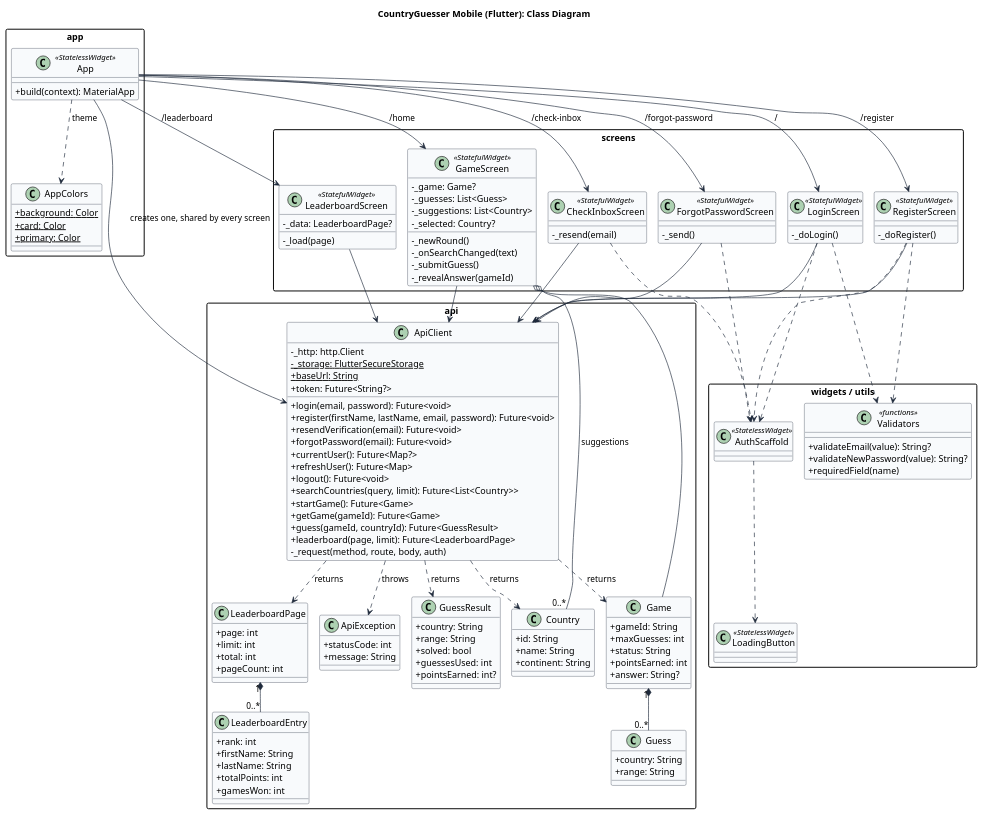
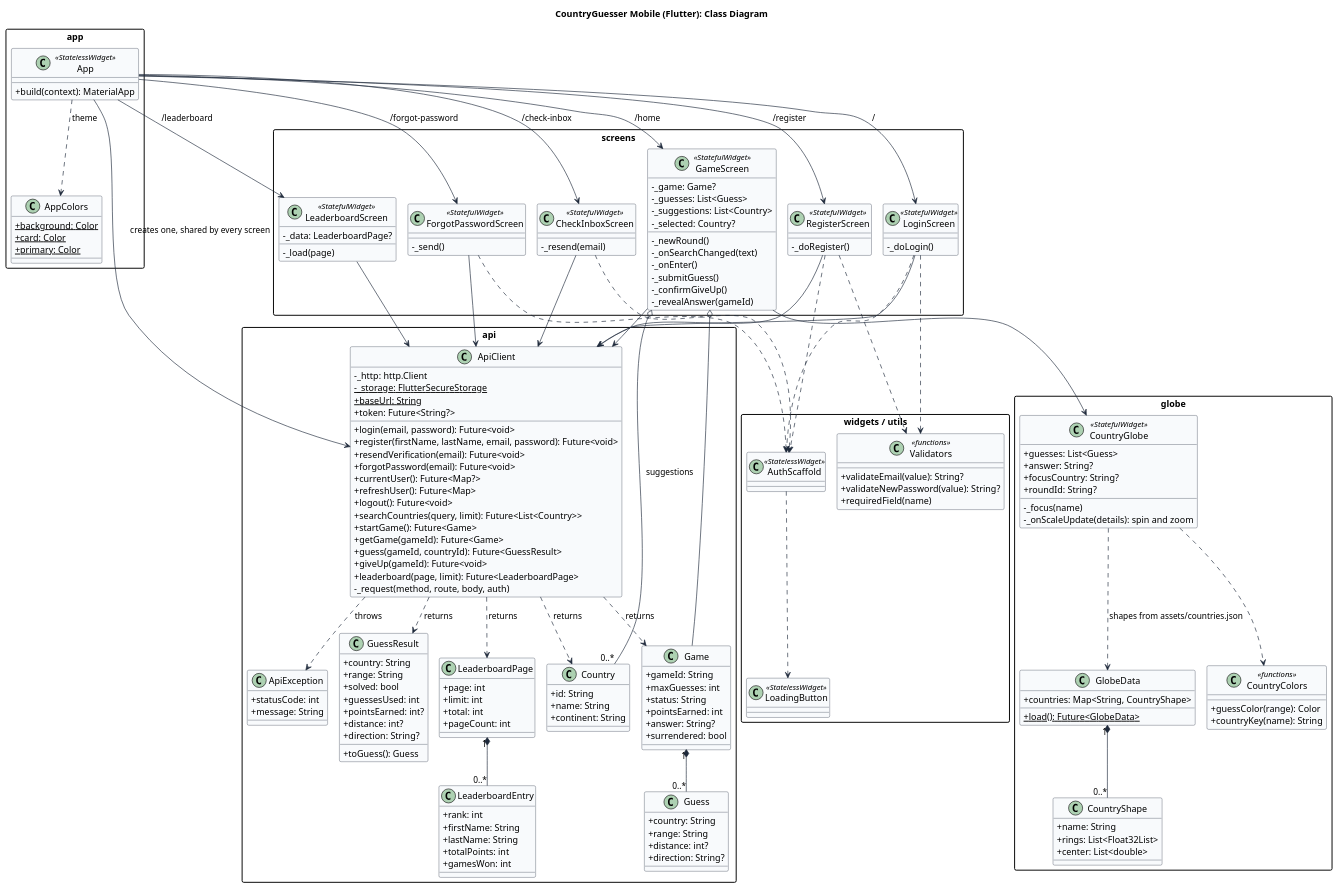
Before and after one commit to samborg-dev/COP4331-Large-Project: the diagram in docs/diagrams/class-mobile.puml, drawn with PlantUML.

Commit message:
docs: update the mobile class diagram with distance, give up and the globe

```diff
--- a/docs/diagrams/class-mobile.puml
+++ b/docs/diagrams/class-mobile.puml
@@ -1,161 +1,198 @@
 @startuml class-mobile
 ' Class diagram for the Flutter app (apps/mobile/lib). Owner: Arwa.
 ' Render at https://www.plantuml.com/plantuml or with the VS Code PlantUML extension.
 !pragma layout smetana
 title CountryGuesser Mobile (Flutter): Class Diagram
 
 skinparam shadowing false
 skinparam classAttributeIconSize 0
 skinparam class {
   BackgroundColor #f8fafc
   BorderColor #1e293b
   ArrowColor #1e293b
 }
 skinparam packageStyle rectangle
 
 package "app" {
   class App <<StatelessWidget>> {
     + build(context): MaterialApp
   }
   class AppColors {
     + {static} background: Color
     + {static} card: Color
     + {static} primary: Color
   }
 }
 
 package "api" {
   class ApiClient {
     - _http: http.Client
     - {static} _storage: FlutterSecureStorage
     + {static} baseUrl: String
     + token: Future<String?>
     + login(email, password): Future<void>
     + register(firstName, lastName, email, password): Future<void>
     + resendVerification(email): Future<void>
     + forgotPassword(email): Future<void>
     + currentUser(): Future<Map?>
     + refreshUser(): Future<Map>
     + logout(): Future<void>
     + searchCountries(query, limit): Future<List<Country>>
     + startGame(): Future<Game>
     + getGame(gameId): Future<Game>
     + guess(gameId, countryId): Future<GuessResult>
+    + giveUp(gameId): Future<void>
     + leaderboard(page, limit): Future<LeaderboardPage>
     - _request(method, route, body, auth)
   }
   class ApiException {
     + statusCode: int
     + message: String
   }
   class Country {
     + id: String
     + name: String
     + continent: String
   }
   class Game {
     + gameId: String
     + maxGuesses: int
     + status: String
     + pointsEarned: int
     + answer: String?
+    + surrendered: bool
   }
   class Guess {
     + country: String
     + range: String
+    + distance: int?
+    + direction: String?
   }
   class GuessResult {
     + country: String
     + range: String
     + solved: bool
     + guessesUsed: int
     + pointsEarned: int?
+    + distance: int?
+    + direction: String?
+    + toGuess(): Guess
   }
   class LeaderboardPage {
     + page: int
     + limit: int
     + total: int
     + pageCount: int
   }
   class LeaderboardEntry {
     + rank: int
     + firstName: String
     + lastName: String
     + totalPoints: int
     + gamesWon: int
   }
 }
 
 package "screens" {
   class LoginScreen <<StatefulWidget>> {
     - _doLogin()
   }
   class RegisterScreen <<StatefulWidget>> {
     - _doRegister()
   }
   class CheckInboxScreen <<StatefulWidget>> {
     - _resend(email)
   }
   class ForgotPasswordScreen <<StatefulWidget>> {
     - _send()
   }
   class GameScreen <<StatefulWidget>> {
     - _game: Game?
     - _guesses: List<Guess>
     - _suggestions: List<Country>
     - _selected: Country?
     - _newRound()
     - _onSearchChanged(text)
+    - _onEnter()
     - _submitGuess()
+    - _confirmGiveUp()
     - _revealAnswer(gameId)
   }
   class LeaderboardScreen <<StatefulWidget>> {
     - _data: LeaderboardPage?
     - _load(page)
+  }
+}
+
+package "globe" {
+  class CountryGlobe <<StatefulWidget>> {
+    + guesses: List<Guess>
+    + answer: String?
+    + focusCountry: String?
+    + roundId: String?
+    - _focus(name)
+    - _onScaleUpdate(details): spin and zoom
+  }
+  class CountryShape {
+    + name: String
+    + rings: List<Float32List>
+    + center: List<double>
+  }
+  class GlobeData {
+    + countries: Map<String, CountryShape>
+    + {static} load(): Future<GlobeData>
+  }
+  class CountryColors <<functions>> {
+    + guessColor(range): Color
+    + countryKey(name): String
   }
 }
 
 package "widgets / utils" {
   class AuthScaffold <<StatelessWidget>>
   class LoadingButton <<StatelessWidget>>
   class Validators <<functions>> {
     + validateEmail(value): String?
     + validateNewPassword(value): String?
     + requiredField(name)
   }
 }
 
 App --> ApiClient : creates one, shared by every screen
 App ..> AppColors : theme
 App --> LoginScreen : "/"
 App --> RegisterScreen : "/register"
 App --> CheckInboxScreen : "/check-inbox"
 App --> ForgotPasswordScreen : "/forgot-password"
 App --> GameScreen : "/home"
 App --> LeaderboardScreen : "/leaderboard"
 
 LoginScreen --> ApiClient
 RegisterScreen --> ApiClient
 CheckInboxScreen --> ApiClient
 ForgotPasswordScreen --> ApiClient
 GameScreen --> ApiClient
 LeaderboardScreen --> ApiClient
 
 LoginScreen ..> AuthScaffold
 RegisterScreen ..> AuthScaffold
 CheckInboxScreen ..> AuthScaffold
 ForgotPasswordScreen ..> AuthScaffold
 AuthScaffold ..> LoadingButton
 LoginScreen ..> Validators
 RegisterScreen ..> Validators
 
 ApiClient ..> ApiException : throws
 ApiClient ..> Country : returns
 ApiClient ..> Game : returns
 ApiClient ..> GuessResult : returns
 ApiClient ..> LeaderboardPage : returns
 Game "1" *-- "0..*" Guess
 LeaderboardPage "1" *-- "0..*" LeaderboardEntry
 GameScreen o-- Game
 GameScreen o-- "0..*" Country : suggestions
+GameScreen --> CountryGlobe
+CountryGlobe ..> GlobeData : shapes from assets/countries.json
+GlobeData "1" *-- "0..*" CountryShape
+CountryGlobe ..> CountryColors
 @enduml
```
